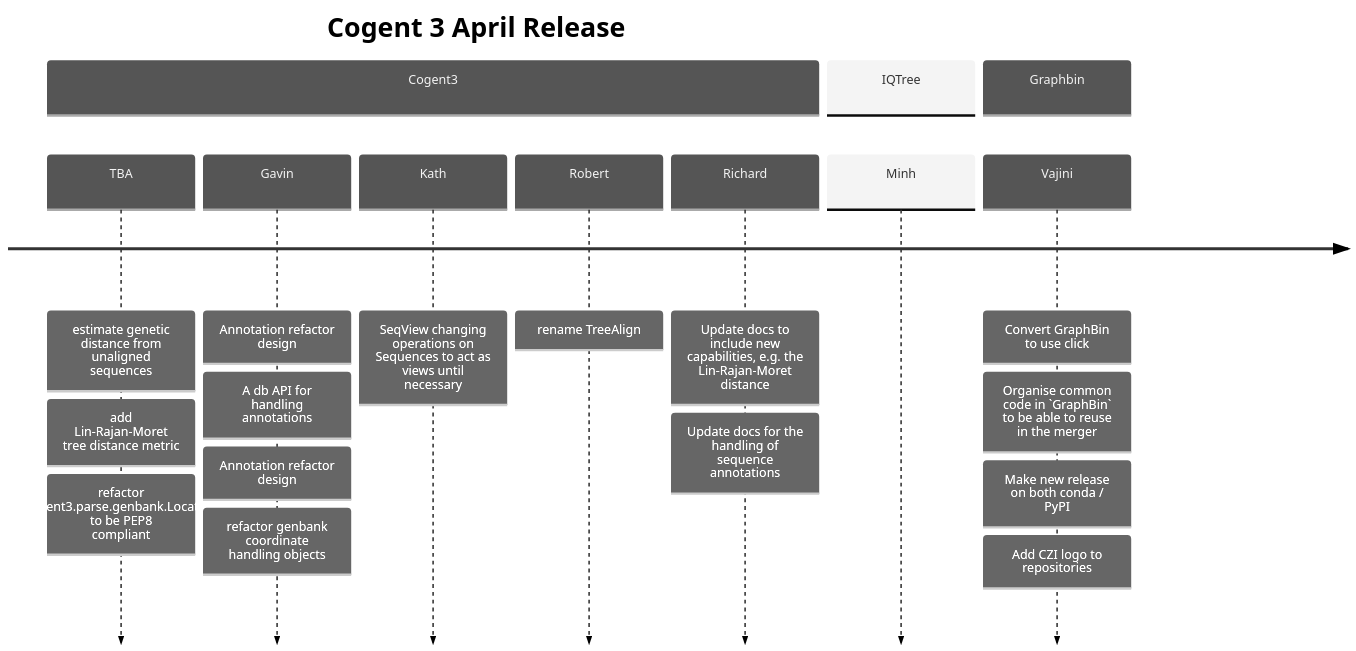
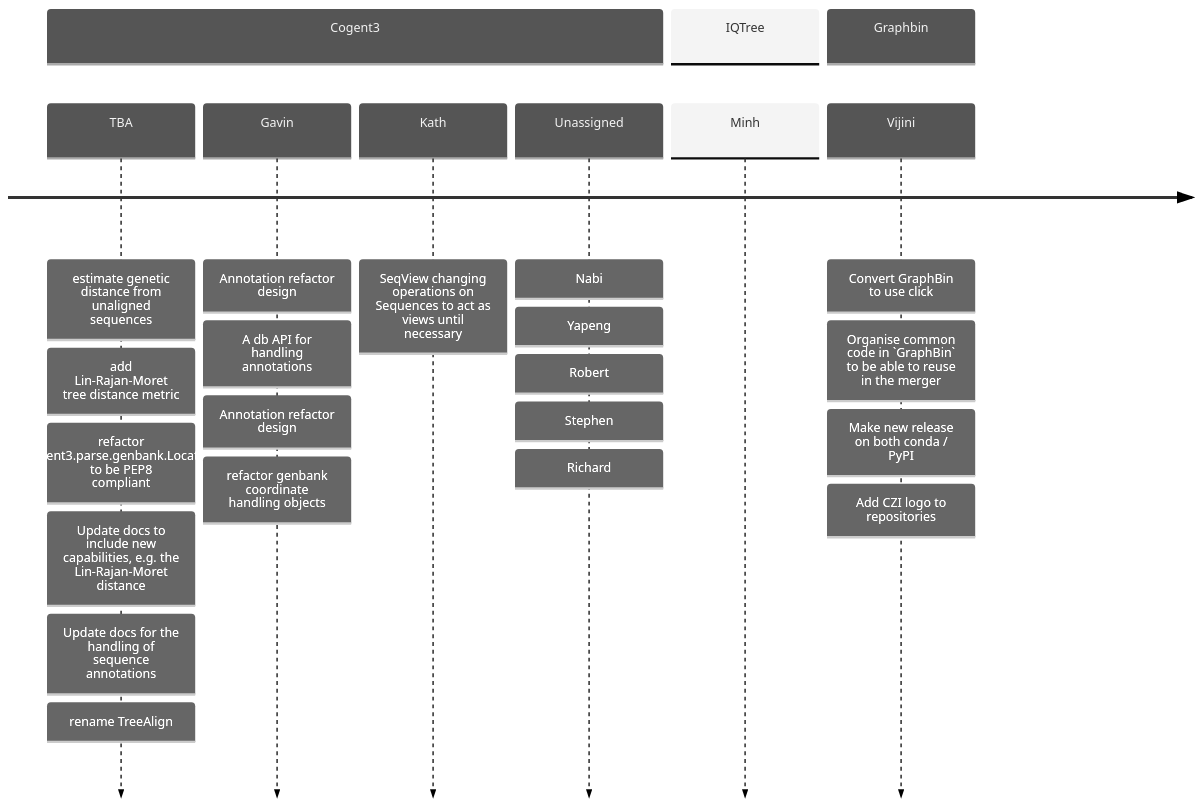
Before and after one commit to khiron/testscriv: the first of 4 diagrams in docs/milestones.md, drawn with Mermaid (neutral theme). The commit also changed other lines of this file, not shown here.

````diff
--- a/docs/milestones.md
+++ b/docs/milestones.md
@@ -3,24 +4,35 @@
 ```mermaid
 timeline
-title Cogent 3 April Release
 
 section Cogent3
-TBA : estimate genetic distance from unaligned sequences
+TBA 
+: estimate genetic distance from unaligned sequences
 : add Lin-Rajan-Moret tree distance metric
 : refactor cogent3.parse.genbank.Location to be PEP8 compliant
-Gavin : Annotation refactor design : A db API for handling annotations: Annotation refactor design : refactor genbank coordinate handling objects
-Kath : SeqView changing operations on Sequences to act as views until necessary
-Robert : rename TreeAlign
-Richard : Update docs to include new capabilities, e.g. the Lin-Rajan-Moret distance: Update docs for the handling of sequence annotations 
-
+: Update docs to include new capabilities, e.g. the Lin-Rajan-Moret distance
+: Update docs for the handling of sequence annotations 
+: rename TreeAlign
+Gavin 
+: Annotation refactor design 
+: A db API for handling annotations
+: Annotation refactor design 
+: refactor genbank coordinate handling objects
+Kath 
+: SeqView changing operations on Sequences to act as views until necessary
+Unassigned 
+: Nabi 
+: Yapeng 
+: Robert 
+: Stephen
+: Richard 
 
 section IQTree
 Minh 
 
 section Graphbin 
-Vajini 
+Vijini 
 : Convert GraphBin to use click 
 : Organise common code in `GraphBin` to be able to reuse in the merger 
 : Make new release on both conda / PyPI 
 : Add CZI logo to repositories
 ```
````
